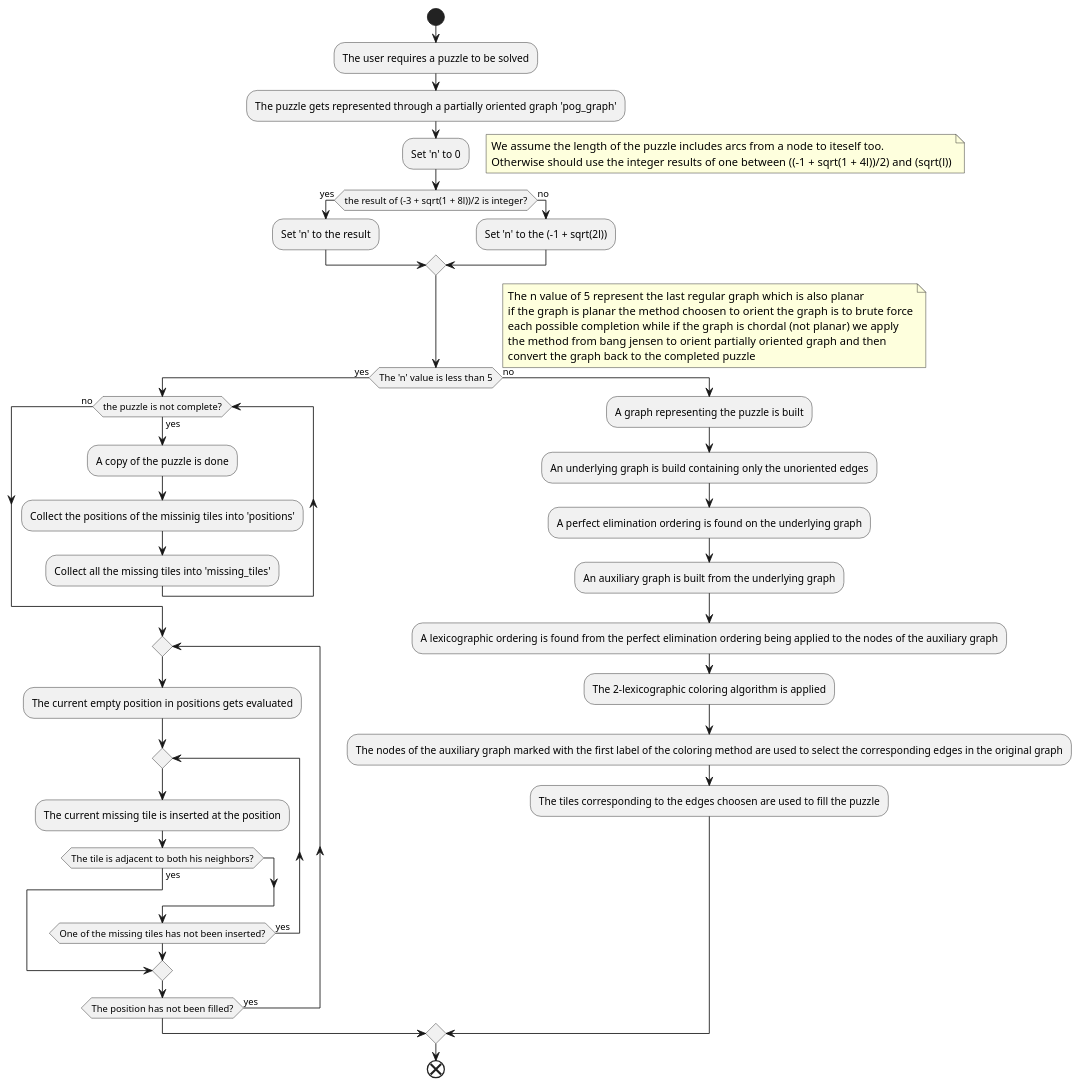
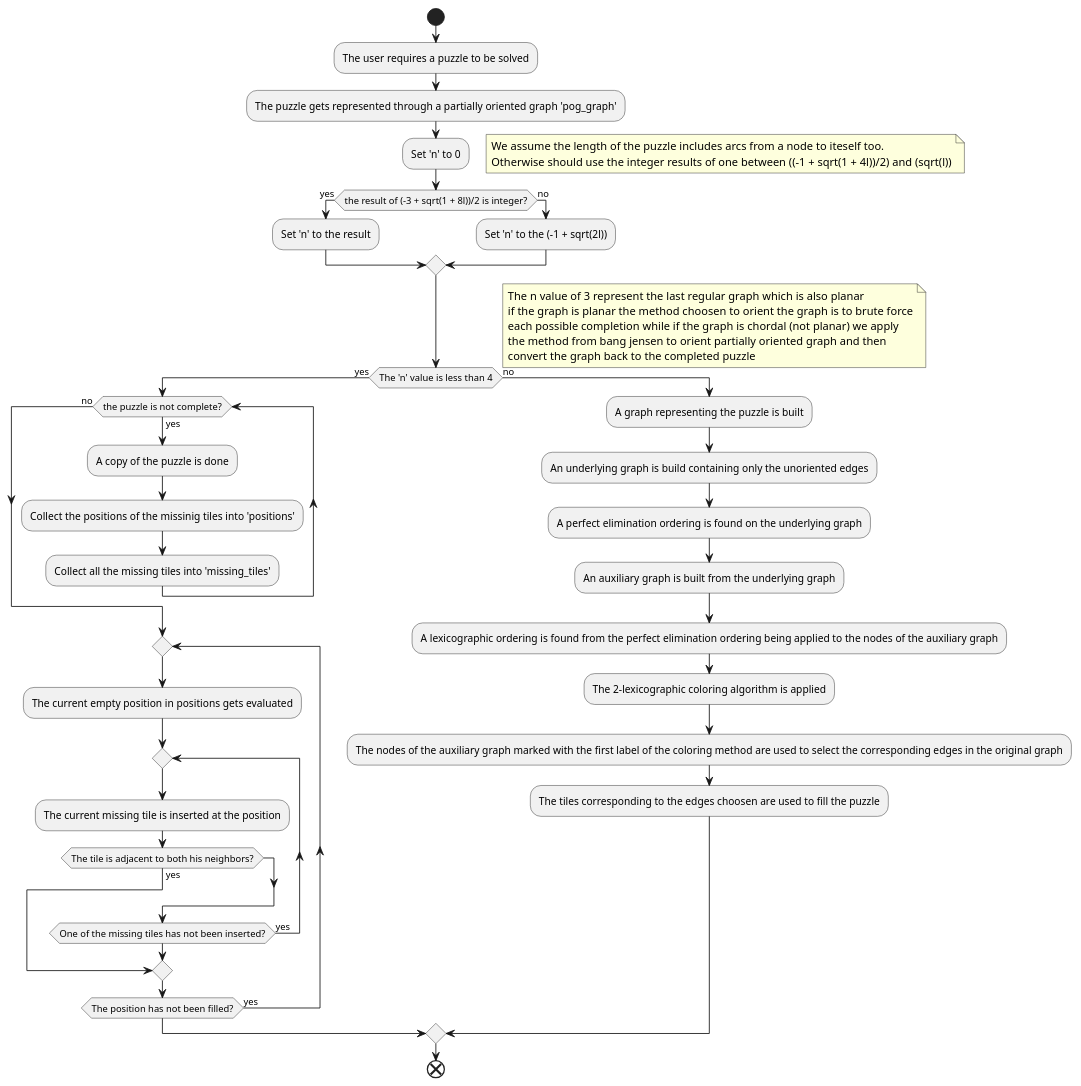
One commit to DominoOrg/domino-core changed the diagram in plant_uml/solve_activity.puml. Above: the diagram before and after it, drawn with PlantUML. The commit also changed 2 other files, not shown here.

```diff
--- a/plant_uml/solve_activity.puml
+++ b/plant_uml/solve_activity.puml
@@ -1,48 +1,48 @@
 @startuml solve_activity
 start
 :The user requires a puzzle to be solved;
 :The puzzle gets represented through a partially oriented graph 'pog_graph';
 :Set 'n' to 0;
 floating note right
 We assume the length of the puzzle includes arcs from a node to iteself too.
 Otherwise should use the integer results of one between ((-1 + sqrt(1 + 4l))/2) and (sqrt(l))
 end note
 if (the result of (-3 + sqrt(1 + 8l))/2 is integer?) is (yes) then
     :Set 'n' to the result;
 else (no)
     :Set 'n' to the (-1 + sqrt(2l));
 endif
-if (The 'n' value is less than 5) is (yes) then
+if (The 'n' value is less than 4) is (yes) then
     floating note right
-        The n value of 5 represent the last regular graph which is also planar
+        The n value of 3 represent the last regular graph which is also planar
         if the graph is planar the method choosen to orient the graph is to brute force
         each possible completion while if the graph is chordal (not planar) we apply
         the method from bang jensen to orient partially oriented graph and then
         convert the graph back to the completed puzzle
     end note
     while (the puzzle is not complete?) is (yes) 
         :A copy of the puzzle is done;
         :Collect the positions of the missinig tiles into 'positions';
         :Collect all the missing tiles into 'missing_tiles';
     endwhile (no)
     repeat
     :The current empty position in positions gets evaluated;
         repeat
         :The current missing tile is inserted at the position;
         if (The tile is adjacent to both his neighbors?) is (yes) then
             break
         endif
         repeat while (One of the missing tiles has not been inserted?) is (yes)
     repeat while (The position has not been filled?) is (yes)
 else (no)
     :A graph representing the puzzle is built;
     :An underlying graph is build containing only the unoriented edges;
     :A perfect elimination ordering is found on the underlying graph;
     :An auxiliary graph is built from the underlying graph;
     :A lexicographic ordering is found from the perfect elimination ordering being applied to the nodes of the auxiliary graph;
     :The 2-lexicographic coloring algorithm is applied;
     :The nodes of the auxiliary graph marked with the first label of the coloring method are used to select the corresponding edges in the original graph;
     :The tiles corresponding to the edges choosen are used to fill the puzzle;
 endif
 end
 @enduml
```
